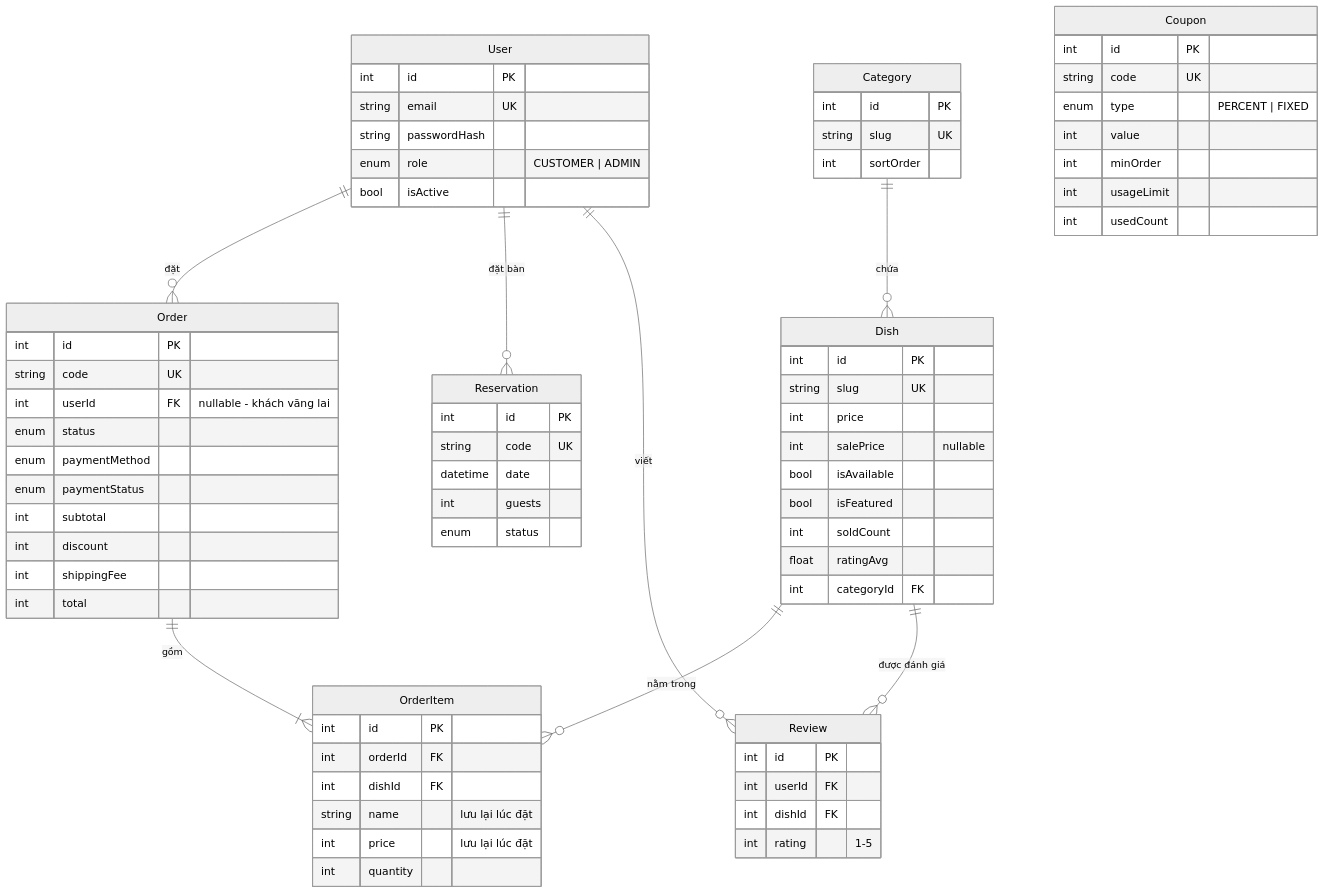
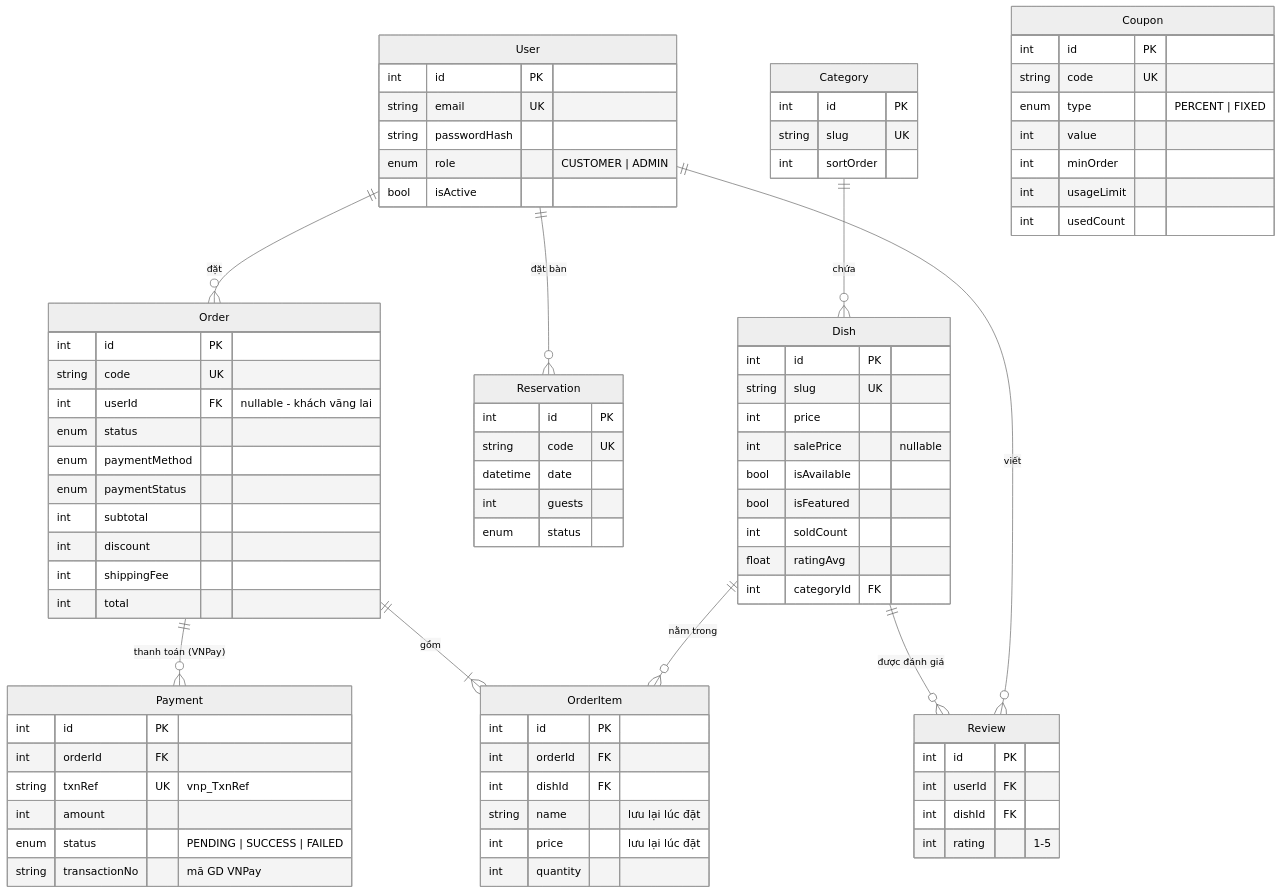
The diagram in docs/03-database-prisma.md (vodinhnguu/fab-restaurant), drawn with Mermaid (neutral theme) before and after one commit. The commit also changed other lines of this file and 34 other files, not shown here.

First line of the commit message:
Thêm thanh toán VNPay; tự tạo .env, docker-compose Postgres để clone về chạy ngay

```diff
--- a/docs/03-database-prisma.md
+++ b/docs/03-database-prisma.md
@@ -11,6 +11,7 @@
     Dish ||--o{ OrderItem : "nằm trong"
     Dish ||--o{ Review : "được đánh giá"
     Order ||--|{ OrderItem : "gồm"
+    Order ||--o{ Payment : "thanh toán (VNPay)"
 
     User {
       int id PK
@@ -68,6 +69,14 @@
       int dishId FK
       int rating "1-5"
     }
+    Payment {
+      int id PK
+      int orderId FK
+      string txnRef UK "vnp_TxnRef"
+      int amount
+      enum status "PENDING | SUCCESS | FAILED"
+      string transactionNo "mã GD VNPay"
+    }
     Coupon {
       int id PK
       string code UK
```
